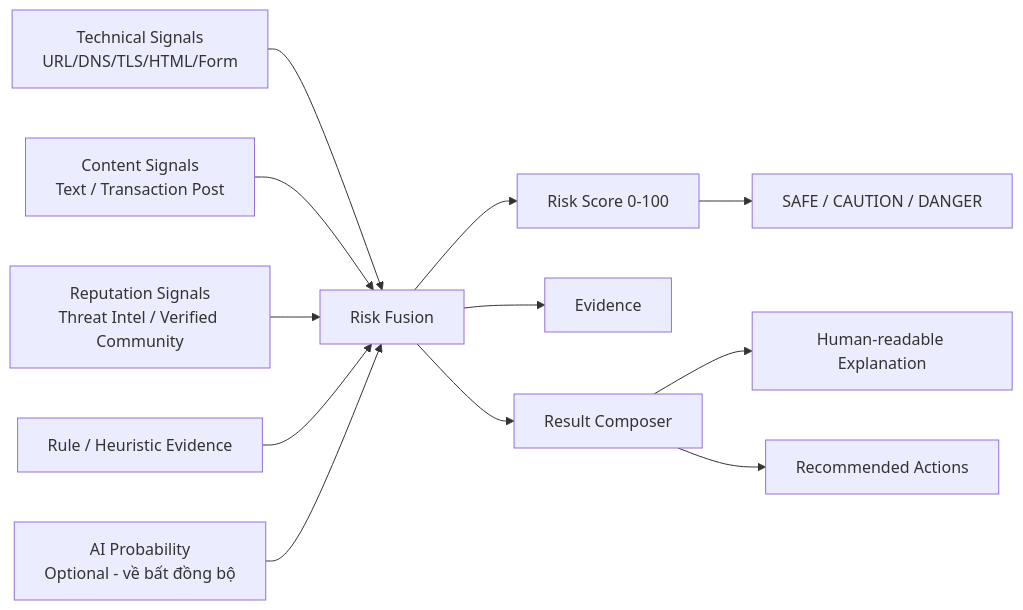
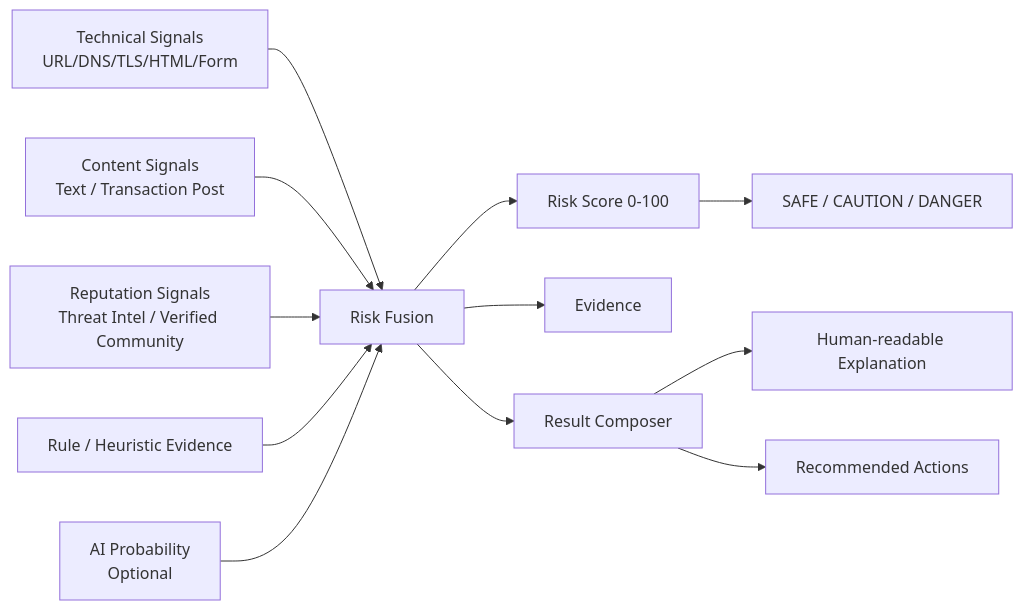
The tenth of 11 diagrams in architectures/architecture_v3.1.md (KLTN-2023-HCMSU/document), drawn with Mermaid before and after one commit. The commit also changed other lines of this file and 24 other files, not shown here.

````diff
--- a/architectures/architecture_v3.1.md
+++ b/architectures/architecture_v3.1.md
@@ -714,21 +677,21 @@
 ```mermaid
 flowchart LR
     Technical[Technical Signals\nURL/DNS/TLS/HTML/Form]
     Content[Content Signals\nText / Transaction Post]
     Reputation[Reputation Signals\nThreat Intel / Verified Community]
     Rules[Rule / Heuristic Evidence]
-    AI[AI Probability\nOptional - về bất đồng bộ]
+    AI[AI Probability\nOptional]
 
     Technical --> Fusion[Risk Fusion]
     Content --> Fusion
     Reputation --> Fusion
     Rules --> Fusion
     AI --> Fusion
 
     Fusion --> Score[Risk Score 0-100]
     Score --> Level[SAFE / CAUTION / DANGER]
     Fusion --> Evidence[Evidence]
     Fusion --> Composer[Result Composer]
     Composer --> Explanation[Human-readable Explanation]
     Composer --> Recommendation[Recommended Actions]
 ```
````
